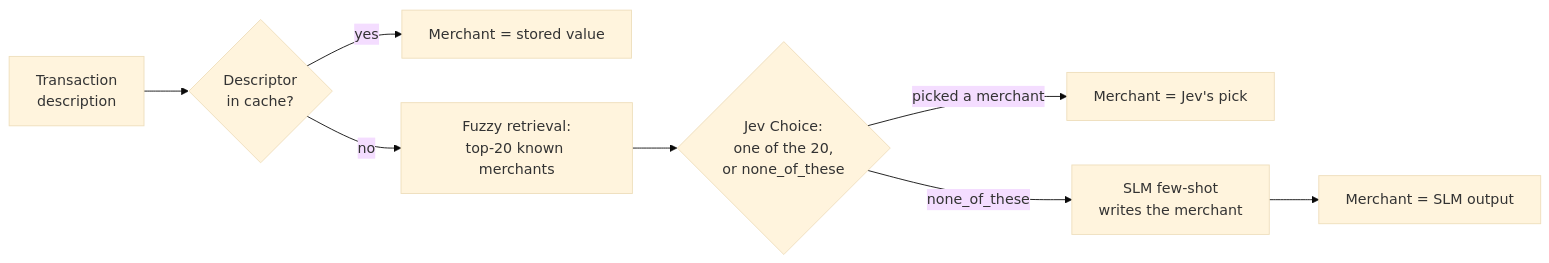
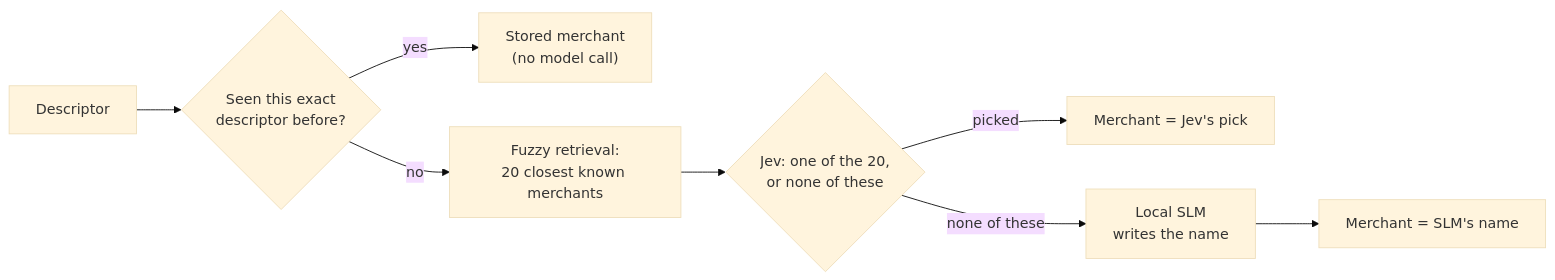
Before and after one commit to aeoxyz-jpg/tranx-transaction-standardization: the diagram in docs/diagrams/jev_slm_cascade.mmd, drawn with Mermaid (base theme). The commit also changed 20 other files, not shown here.

```diff
--- a/docs/diagrams/jev_slm_cascade.mmd
+++ b/docs/diagrams/jev_slm_cascade.mmd
@@ -1,8 +1,8 @@
 flowchart LR
-    D["Transaction<br/>description"] --> C{"Descriptor<br/>in cache?"}
-    C -->|yes| OUT0["Merchant = stored value"]
-    C -->|no| F["Fuzzy retrieval:<br/>top-20 known merchants"]
-    F --> J{"Jev Choice:<br/>one of the 20,<br/>or none_of_these"}
-    J -->|"picked a merchant"| OUT1["Merchant = Jev's pick"]
-    J -->|none_of_these| S["SLM few-shot<br/>writes the merchant"]
-    S --> OUT2["Merchant = SLM output"]
+    D["Descriptor"] --> C{"Seen this exact<br/>descriptor before?"}
+    C -->|yes| K["Stored merchant<br/>(no model call)"]
+    C -->|no| R["Fuzzy retrieval:<br/>20 closest known merchants"]
+    R --> J{"Jev: one of the 20,<br/>or none of these"}
+    J -->|picked| M1["Merchant = Jev's pick"]
+    J -->|none of these| S["Local SLM<br/>writes the name"]
+    S --> M2["Merchant = SLM's name"]
```
